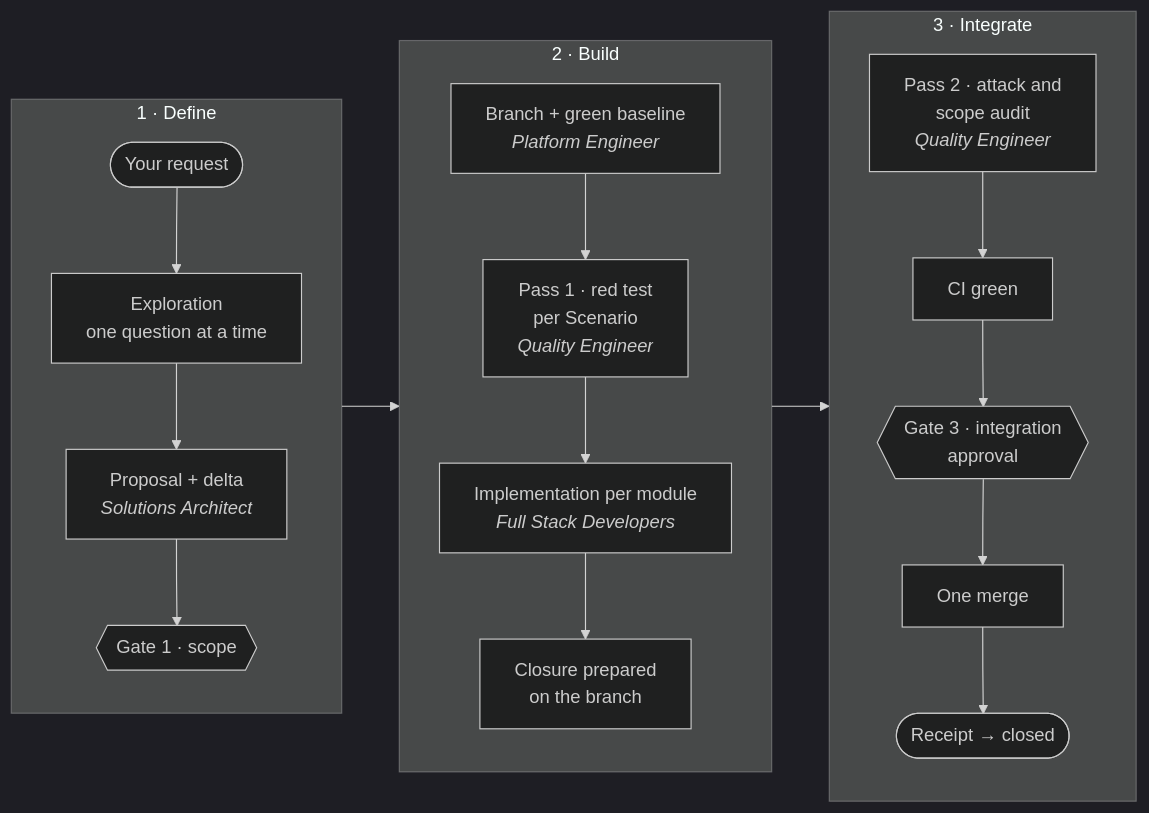
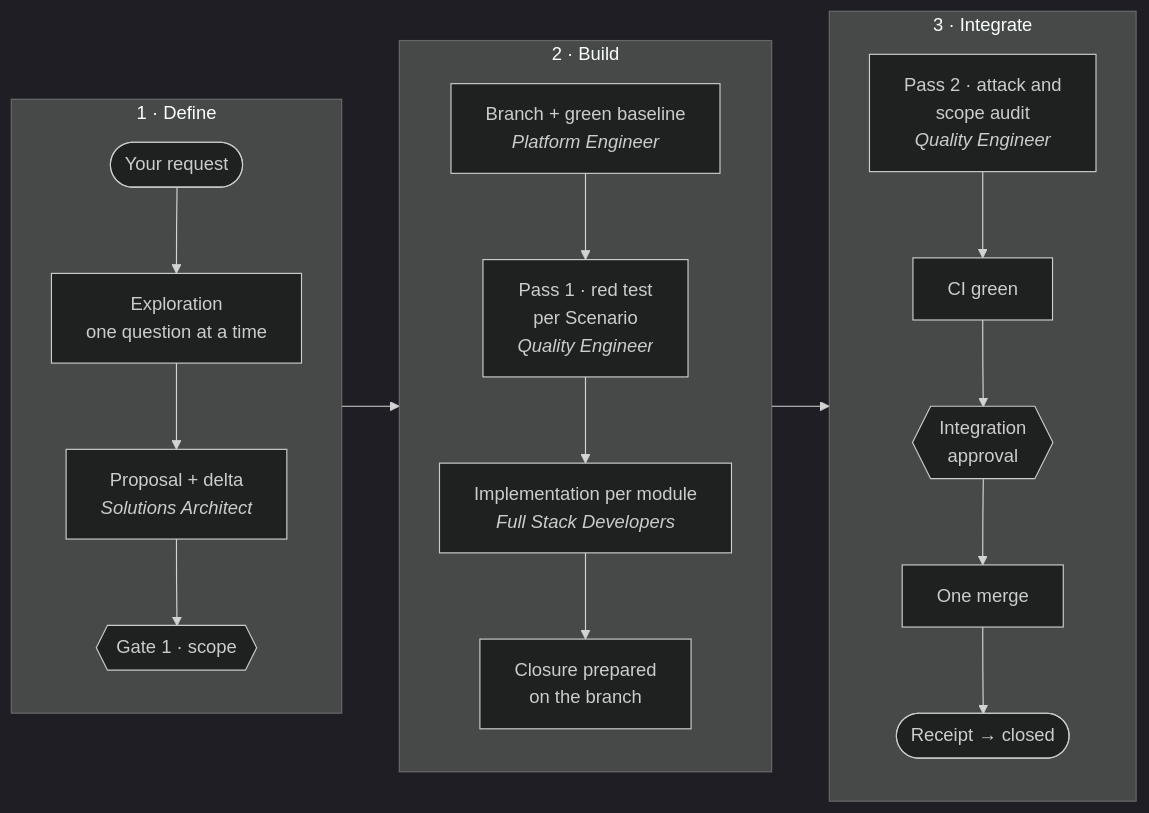
Before and after one commit to Spectree-Tecnologia/spectree-invoker: the diagram in README.md, drawn with Mermaid (dark theme). The commit also changed other lines of this file and 1 other file, not shown here.

First line of the commit message:
Revisão do 6bbf18a: Integration Engineer como rota geral para a rede, pass 1 ausente na deltaless, aprovação de integração sem o rótulo de gate 3 no diagrama

````diff
--- a/README.md
+++ b/README.md
@@ -107,23 +107,23 @@
 ```mermaid
 flowchart LR
     subgraph D["1 · Define"]
         direction TB
         A([Your request]) --> B[Exploration<br/>one question at a time]
         B --> C[Proposal + delta<br/><i>Solutions Architect</i>]
         C --> G1{{Gate 1 · scope}}
     end
     subgraph B2["2 · Build"]
         direction TB
         E1[Branch + green baseline<br/><i>Platform Engineer</i>] --> E2[Pass 1 · red test<br/>per Scenario<br/><i>Quality Engineer</i>]
         E2 --> E3[Implementation per module<br/><i>Full Stack Developers</i>]
         E3 --> E4[Closure prepared<br/>on the branch]
     end
     subgraph I["3 · Integrate"]
         direction TB
         I1[Pass 2 · attack and<br/>scope audit<br/><i>Quality Engineer</i>] --> I2[CI green]
-        I2 --> G3{{Gate 3 · integration<br/>approval}}
+        I2 --> G3{{Integration<br/>approval}}
         G3 --> I3[One merge]
         I3 --> I4([Receipt → closed])
     end
     D --> B2 --> I
 ```
````
